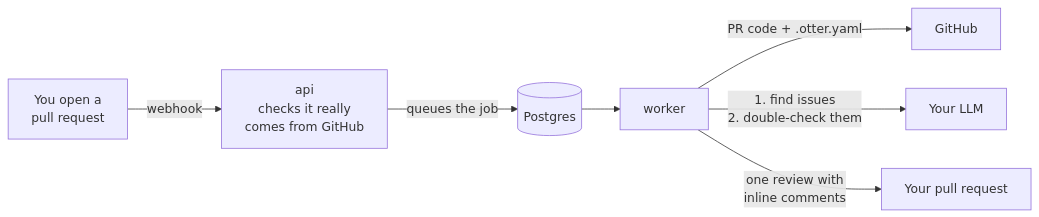
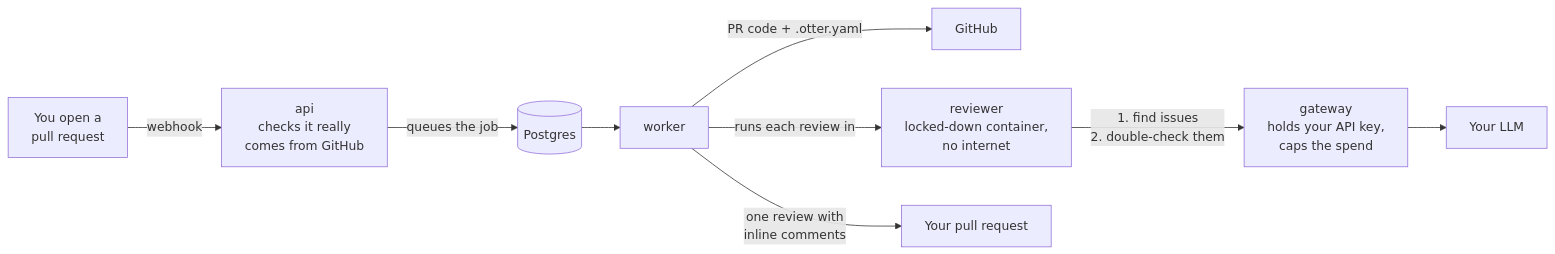
One commit to rafa-minana/code-otter-reviewer changed the first of 5 diagrams in README.md. Above: the diagram before and after it, drawn with Mermaid. The commit also changed other lines of this file and 31 other files, not shown here.

Commit message:
feat/ add an LLM gateway: reviewers run on an internal network with per-review signed tokens, pinned routes, spend limits and an explicit openai-compatible provider

````diff
--- a/README.md
+++ b/README.md
@@ -15,9 +15,11 @@
 ```mermaid
 flowchart LR
     PR["You open a<br/>pull request"] -->|webhook| API["api<br/>checks it really<br/>comes from GitHub"]
     API -->|queues the job| DB[("Postgres")]
     DB --> W["worker"]
     W -->|"PR code + .otter.yaml"| GH1["GitHub"]
-    W -->|"1. find issues<br/>2. double-check them"| LLM["Your LLM"]
+    W -->|"runs each review in"| R["reviewer<br/>locked-down container,<br/>no internet"]
+    R -->|"1. find issues<br/>2. double-check them"| GW["gateway<br/>holds your API key,<br/>caps the spend"]
+    GW --> LLM["Your LLM"]
     W -->|one review with<br/>inline comments| GH2["Your pull request"]
 ```
````
